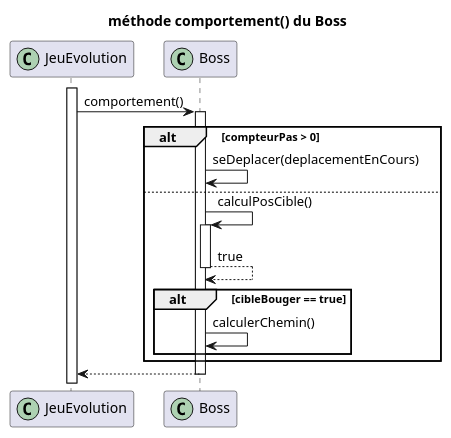
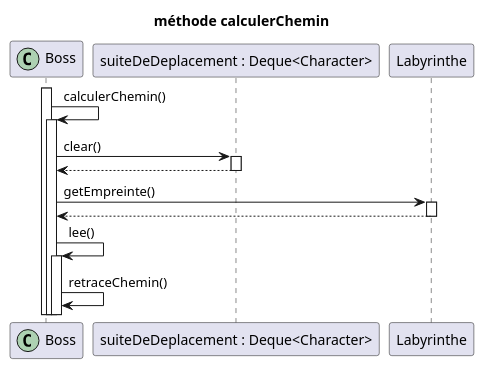
One commit to LoickNosal/2019_COO_Zeldiablo_Nosal9u_Demang146u_Sousa12u_Gsell5u changed the diagram in documents/version_07/diagramme_sequence/calculerChemin.wsd. Above: the diagram before and after it, drawn with PlantUML. The commit also changed 6 other files, not shown here.

```diff
--- a/documents/version_07/diagramme_sequence/calculerChemin.wsd
+++ b/documents/version_07/diagramme_sequence/calculerChemin.wsd
@@ -1,27 +1,24 @@
 @startuml 
-title méthode comportement() du Boss
-participant JeuEvolution <<(C,#ADD1B2)>>
+title méthode calculerChemin
 participant Boss <<(C,#ADD1B2)>>
+participant "suiteDeDeplacement : Deque<Character>" as deplacements
+participant Labyrinthe
 
-activate JeuEvolution
-JeuEvolution -> Boss : comportement()
 activate Boss
+Boss -> Boss : calculerChemin()
+activate Boss
+Boss -> deplacements : clear()
+activate deplacements
+deplacements --> Boss
+deactivate deplacements
 
-alt compteurPas > 0
-Boss -> Boss : seDeplacer(deplacementEnCours)
+Boss -> Labyrinthe : getEmpreinte()
+activate Labyrinthe
+Labyrinthe --> Boss
+deactivate Labyrinthe
 
-else
-Boss -> Boss : calculPosCible()
+Boss -> Boss : lee()
 activate Boss
-Boss --> Boss : true
-deactivate Boss
-
-alt cibleBouger == true
-Boss -> Boss : calculerChemin()
-end
-end
-
-Boss --> JeuEvolution
-deactivate Boss
+Boss -> Boss : retraceChemin()
 
 @enduml
```
